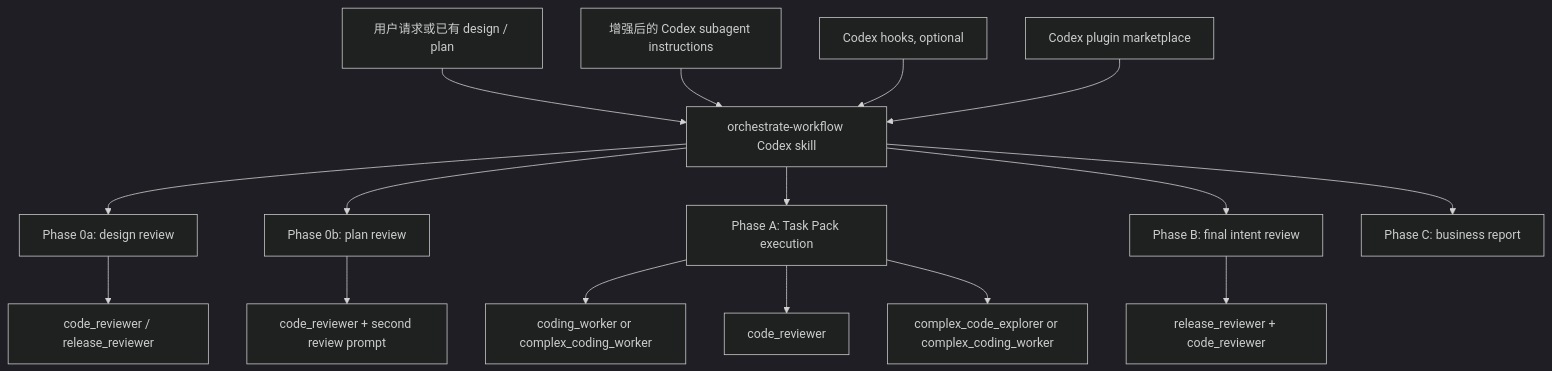
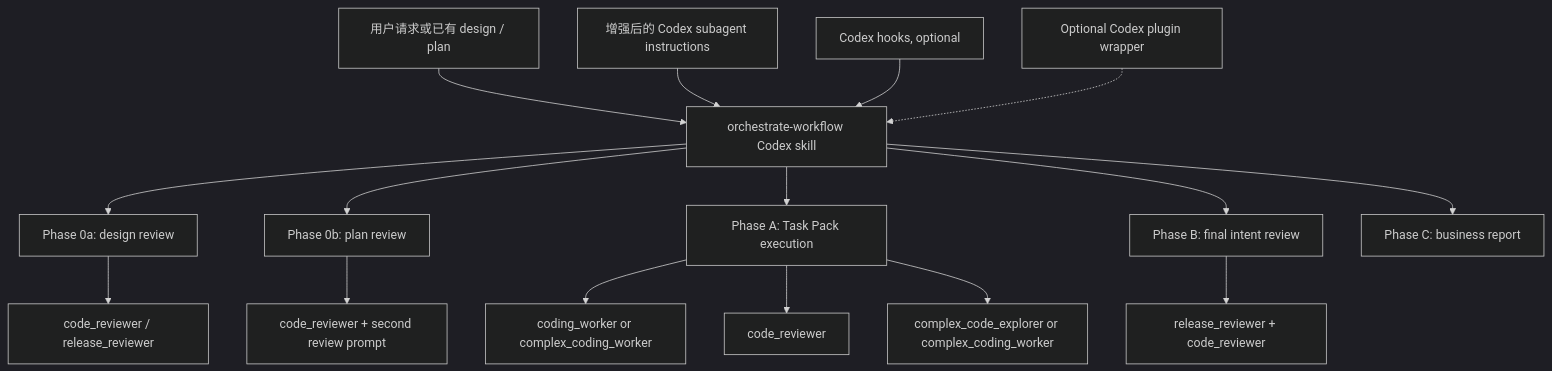
The first of 2 diagrams in docs/superpowers/specs/2026-05-15-codex-migration-design.md (chancheuklap/multi-model-workflow), drawn with Mermaid (dark theme) before and after one commit. The commit also changed other lines of this file and 21 other files, not shown here.

````diff
--- a/docs/superpowers/specs/2026-05-15-codex-migration-design.md
+++ b/docs/superpowers/specs/2026-05-15-codex-migration-design.md
@@ -99,20 +113,20 @@
 ```mermaid
 flowchart TD
     U["用户请求或已有 design / plan"] --> S["orchestrate-workflow Codex skill"]
     A0["增强后的 Codex subagent instructions"] --> S
     S --> D0["Phase 0a: design review"]
     S --> P0["Phase 0b: plan review"]
     S --> A["Phase A: Task Pack execution"]
     S --> B["Phase B: final intent review"]
     S --> C["Phase C: business report"]
 
     D0 --> R1["code_reviewer / release_reviewer"]
     P0 --> R2["code_reviewer + second review prompt"]
     A --> W["coding_worker or complex_coding_worker"]
     A --> R3["code_reviewer"]
     A --> RC["complex_code_explorer or complex_coding_worker"]
     B --> R4["release_reviewer + code_reviewer"]
 
     H["Codex hooks, optional"] --> S
-    M["Codex plugin marketplace"] --> S
+    M["Optional Codex plugin wrapper"] -.-> S
 ```
````
